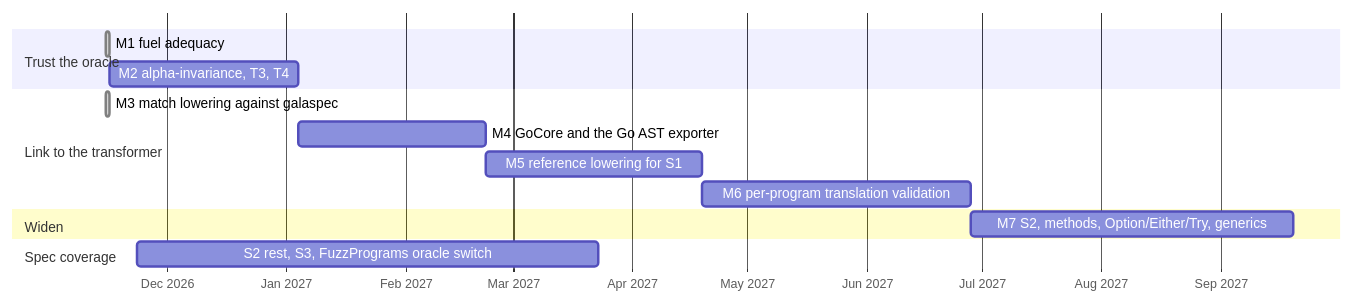
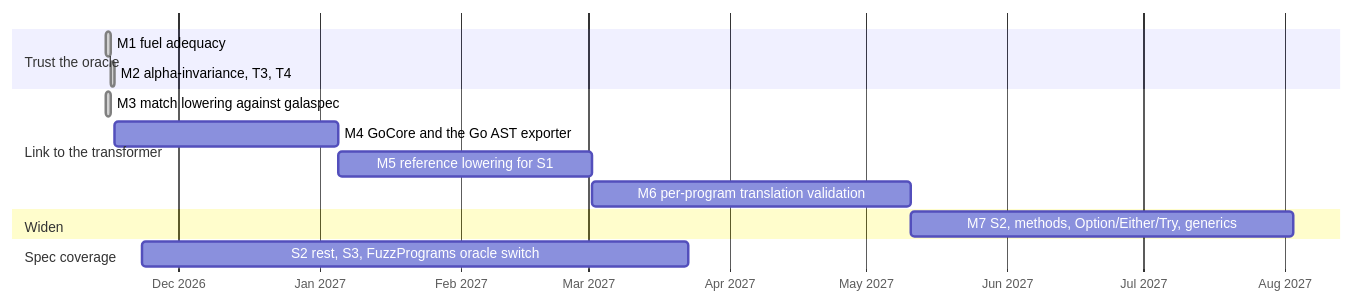
Before and after one commit to martianoff/gala: the sixth of 6 diagrams in docs/FORMAL_SEMANTICS.MD, drawn with Mermaid. The commit also changed other lines of this file and 9 other files, not shown here.

````diff
--- a/docs/FORMAL_SEMANTICS.MD
+++ b/docs/FORMAL_SEMANTICS.MD
@@ -692,17 +709,17 @@
 ```mermaid
 gantt
     dateFormat  YYYY-MM-DD
     axisFormat  %b %Y
     section Trust the oracle
     M1 fuel adequacy                         :done, m1, 2026-11-15, 1d
-    M2 alpha-invariance, T3, T4              :m2, after m1, 49d
+    M2 alpha-invariance, T3, T4              :done, m2, 2026-11-16, 1d
     section Link to the transformer
     M3 match lowering against galaspec       :done, m3, 2026-11-15, 1d
     M4 GoCore and the Go AST exporter        :m4, after m2, 49d
     M5 reference lowering for S1             :m5, after m4, 56d
     M6 per-program translation validation    :m6, after m5, 70d
     section Widen
     M7 S2, methods, Option/Either/Try, generics :m7, after m6, 84d
     section Spec coverage
     S2 rest, S3, FuzzPrograms oracle switch  :c1, 2026-11-23, 120d
 ```
````
